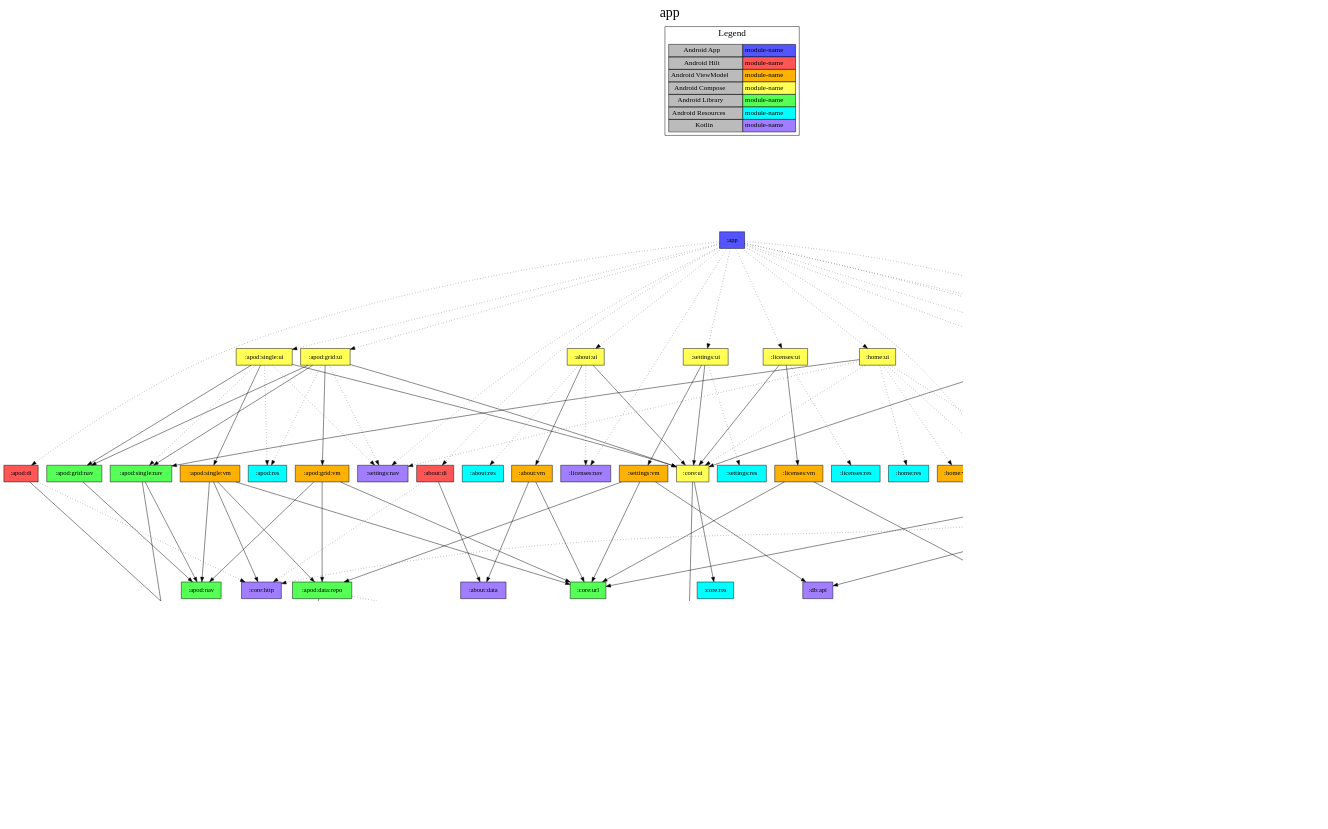
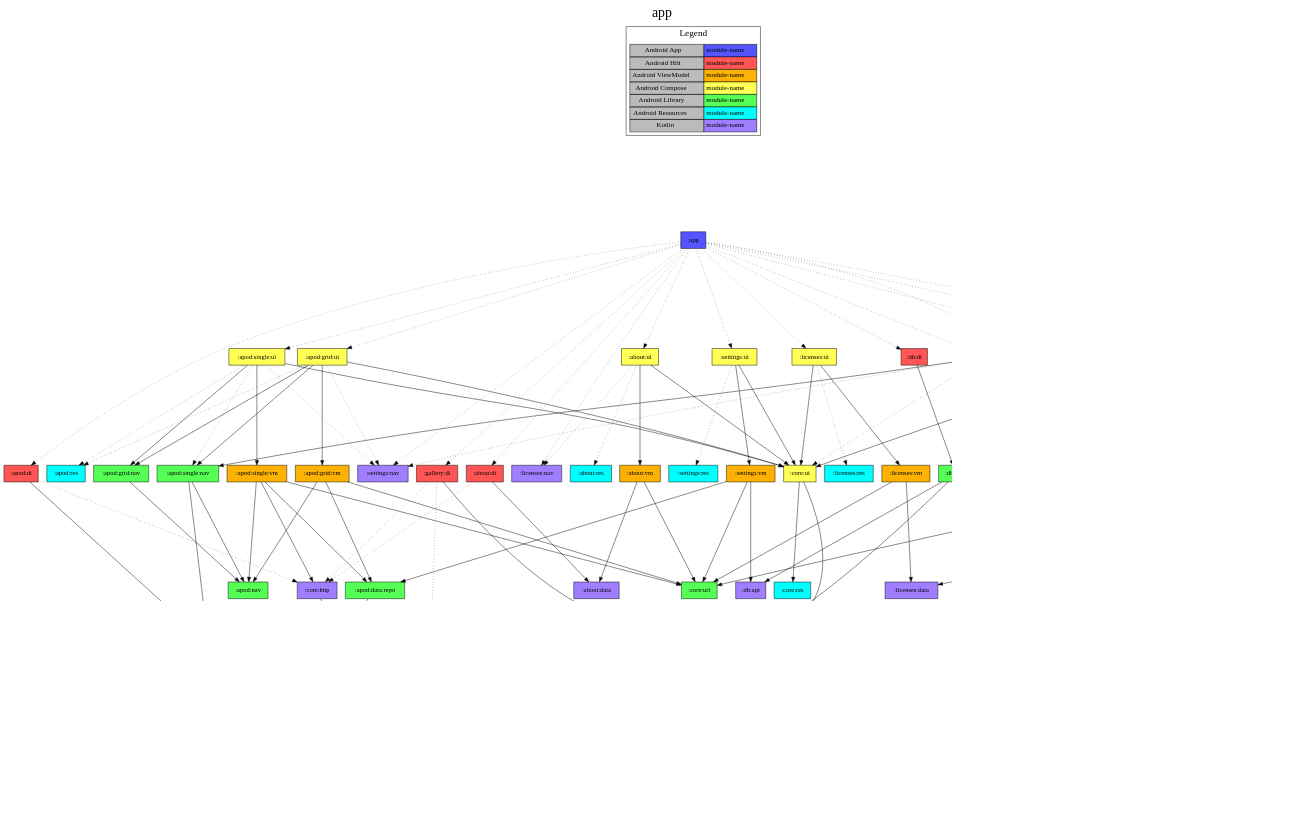
Before and after one commit to jonapoul/nasa-android: the diagram in app/project-dependency-graph.dot, drawn with Graphviz. The commit also changed 21 other files, not shown here.

```diff
--- a/app/project-dependency-graph.dot
+++ b/app/project-dependency-graph.dot
@@ -1,165 +1,166 @@
 digraph {
 edge ["dir"="forward"]
 graph ["dpi"="100","label"="app","labelloc"="t","fontsize"="30","ranksep"="3.0","rankdir"="TB"]
 node ["style"="filled"]
 ":app" ["shape"="box","fillcolor"="#5555FF"]
 ":about:di" ["fillcolor"="#FF5555","shape"="box"]
 ":about:data" ["fillcolor"="#A17EFF","shape"="box"]
 ":core:http" ["fillcolor"="#A17EFF","shape"="box"]
+":core:model" ["fillcolor"="#A17EFF","shape"="box"]
 ":about:nav" ["fillcolor"="#A17EFF","shape"="box"]
 ":about:ui" ["fillcolor"="#FFFF55","shape"="box"]
 ":about:vm" ["fillcolor"="#FCB103","shape"="box"]
 ":core:url" ["fillcolor"="#55FF55","shape"="box"]
 ":core:ui" ["fillcolor"="#FFFF55","shape"="box"]
-":core:model" ["fillcolor"="#A17EFF","shape"="box"]
 ":core:res" ["fillcolor"="#00FFFF","shape"="box"]
 ":about:res" ["fillcolor"="#00FFFF","shape"="box"]
 ":licenses:nav" ["fillcolor"="#A17EFF","shape"="box"]
 ":apod:di" ["fillcolor"="#FF5555","shape"="box"]
 ":apod:data:api" ["fillcolor"="#A17EFF","shape"="box"]
 ":apod:model" ["fillcolor"="#A17EFF","shape"="box"]
 ":apod:grid:ui" ["fillcolor"="#FFFF55","shape"="box"]
 ":apod:grid:nav" ["fillcolor"="#55FF55","shape"="box"]
 ":apod:nav" ["fillcolor"="#55FF55","shape"="box"]
 ":apod:grid:vm" ["fillcolor"="#FCB103","shape"="box"]
 ":apod:data:repo" ["fillcolor"="#55FF55","shape"="box"]
 ":db:apod" ["fillcolor"="#A17EFF","shape"="box"]
 ":apod:single:nav" ["fillcolor"="#55FF55","shape"="box"]
 ":apod:res" ["fillcolor"="#00FFFF","shape"="box"]
 ":settings:nav" ["fillcolor"="#A17EFF","shape"="box"]
 ":apod:single:ui" ["fillcolor"="#FFFF55","shape"="box"]
 ":apod:single:vm" ["fillcolor"="#FCB103","shape"="box"]
 ":db:di" ["fillcolor"="#FF5555","shape"="box"]
 ":db:impl" ["fillcolor"="#55FF55","shape"="box"]
 ":db:api" ["fillcolor"="#A17EFF","shape"="box"]
 ":db:gallery" ["fillcolor"="#A17EFF","shape"="box"]
 ":gallery:di" ["fillcolor"="#FF5555","shape"="box"]
 ":gallery:data:api" ["fillcolor"="#A17EFF","shape"="box"]
 ":gallery:model" ["fillcolor"="#A17EFF","shape"="box"]
 ":gallery:search:ui" ["fillcolor"="#FFFF55","shape"="box"]
 ":gallery:nav" ["fillcolor"="#A17EFF","shape"="box"]
 ":gallery:search:vm" ["fillcolor"="#FCB103","shape"="box"]
 ":gallery:data:repo" ["fillcolor"="#55FF55","shape"="box"]
 ":gallery:res" ["fillcolor"="#00FFFF","shape"="box"]
 ":home:nav" ["fillcolor"="#A17EFF","shape"="box"]
 ":home:ui" ["fillcolor"="#FFFF55","shape"="box"]
 ":home:res" ["fillcolor"="#00FFFF","shape"="box"]
 ":home:vm" ["fillcolor"="#FCB103","shape"="box"]
 ":licenses:di" ["fillcolor"="#FF5555","shape"="box"]
 ":licenses:data" ["fillcolor"="#A17EFF","shape"="box"]
 ":licenses:ui" ["fillcolor"="#FFFF55","shape"="box"]
 ":licenses:vm" ["fillcolor"="#FCB103","shape"="box"]
 ":licenses:res" ["fillcolor"="#00FFFF","shape"="box"]
 ":settings:ui" ["fillcolor"="#FFFF55","shape"="box"]
 ":settings:vm" ["fillcolor"="#FCB103","shape"="box"]
 ":settings:res" ["fillcolor"="#00FFFF","shape"="box"]
 {
 edge ["dir"="none"]
 graph ["rank"="same"]
 ":app"
 }
 ":app" -> ":about:di" ["style"="dotted"]
 ":app" -> ":about:nav" ["style"="dotted"]
 ":app" -> ":about:ui" ["style"="dotted"]
 ":app" -> ":apod:di" ["style"="dotted"]
 ":app" -> ":apod:grid:ui" ["style"="dotted"]
 ":app" -> ":apod:single:ui" ["style"="dotted"]
 ":app" -> ":db:di" ["style"="dotted"]
 ":app" -> ":gallery:di" ["style"="dotted"]
 ":app" -> ":gallery:search:ui" ["style"="dotted"]
 ":app" -> ":home:nav" ["style"="dotted"]
 ":app" -> ":home:ui" ["style"="dotted"]
 ":app" -> ":licenses:di" ["style"="dotted"]
 ":app" -> ":licenses:nav" ["style"="dotted"]
 ":app" -> ":licenses:ui" ["style"="dotted"]
 ":app" -> ":settings:nav" ["style"="dotted"]
 ":app" -> ":settings:ui" ["style"="dotted"]
 ":about:di" -> ":about:data"
 ":about:di" -> ":core:http" ["style"="dotted"]
+":core:http" -> ":core:model"
 ":about:ui" -> ":about:vm"
 ":about:ui" -> ":core:ui"
 ":about:ui" -> ":about:res" ["style"="dotted"]
 ":about:ui" -> ":licenses:nav" ["style"="dotted"]
 ":about:vm" -> ":about:data"
 ":about:vm" -> ":core:url"
 ":core:ui" -> ":core:model"
 ":core:ui" -> ":core:res"
 ":apod:di" -> ":apod:data:api"
 ":apod:di" -> ":core:http" ["style"="dotted"]
 ":apod:data:api" -> ":apod:model"
 ":apod:data:api" -> ":core:model"
 ":apod:grid:ui" -> ":apod:grid:nav"
 ":apod:grid:ui" -> ":apod:grid:vm"
 ":apod:grid:ui" -> ":apod:single:nav"
 ":apod:grid:ui" -> ":core:ui"
 ":apod:grid:ui" -> ":apod:res" ["style"="dotted"]
 ":apod:grid:ui" -> ":settings:nav" ["style"="dotted"]
 ":apod:grid:nav" -> ":apod:nav"
 ":apod:grid:vm" -> ":apod:data:repo"
 ":apod:grid:vm" -> ":apod:nav"
 ":apod:grid:vm" -> ":core:url"
 ":apod:data:repo" -> ":apod:data:api"
 ":apod:data:repo" -> ":db:apod" ["style"="dotted"]
 ":apod:single:nav" -> ":apod:model"
 ":apod:single:nav" -> ":apod:nav"
 ":apod:single:ui" -> ":apod:grid:nav"
 ":apod:single:ui" -> ":apod:single:vm"
 ":apod:single:ui" -> ":core:ui"
 ":apod:single:ui" -> ":apod:res" ["style"="dotted"]
 ":apod:single:ui" -> ":apod:single:nav" ["style"="dotted"]
 ":apod:single:ui" -> ":settings:nav" ["style"="dotted"]
 ":apod:single:vm" -> ":apod:data:repo"
 ":apod:single:vm" -> ":apod:nav"
 ":apod:single:vm" -> ":core:http"
 ":apod:single:vm" -> ":core:url"
 ":db:di" -> ":db:impl"
 ":db:impl" -> ":db:api"
 ":db:impl" -> ":db:apod"
 ":db:impl" -> ":db:gallery"
 ":gallery:di" -> ":gallery:data:api"
 ":gallery:di" -> ":core:http" ["style"="dotted"]
 ":gallery:di" -> ":core:model" ["style"="dotted"]
 ":gallery:data:api" -> ":gallery:model"
 ":gallery:search:ui" -> ":core:ui"
 ":gallery:search:ui" -> ":gallery:nav"
 ":gallery:search:ui" -> ":gallery:search:vm"
 ":gallery:search:ui" -> ":gallery:res" ["style"="dotted"]
 ":gallery:search:vm" -> ":core:url"
 ":gallery:search:vm" -> ":gallery:data:repo"
 ":gallery:data:repo" -> ":db:gallery"
 ":gallery:data:repo" -> ":gallery:data:api"
 ":home:ui" -> ":apod:single:nav"
 ":home:ui" -> ":about:nav" ["style"="dotted"]
 ":home:ui" -> ":core:ui" ["style"="dotted"]
 ":home:ui" -> ":gallery:nav" ["style"="dotted"]
 ":home:ui" -> ":home:res" ["style"="dotted"]
 ":home:ui" -> ":home:vm" ["style"="dotted"]
 ":home:ui" -> ":settings:nav" ["style"="dotted"]
 ":licenses:di" -> ":licenses:data"
 ":licenses:ui" -> ":core:ui"
 ":licenses:ui" -> ":licenses:vm"
 ":licenses:ui" -> ":licenses:res" ["style"="dotted"]
 ":licenses:vm" -> ":core:url"
 ":licenses:vm" -> ":licenses:data"
 ":settings:ui" -> ":core:ui"
 ":settings:ui" -> ":settings:vm"
 ":settings:ui" -> ":settings:res" ["style"="dotted"]
 ":settings:vm" -> ":apod:data:repo"
 ":settings:vm" -> ":core:url"
 ":settings:vm" -> ":db:api"
 subgraph "cluster_legend" {
 edge ["dir"="none"]
 graph ["label"="Legend","fontsize"="20"]
 "Legend" ["style"="filled","fillcolor"="#bbbbbb","shape"="none","margin"="0","fontsize"="15","label"=<
 <TABLE BORDER="0" CELLBORDER="1" CELLSPACING="0" CELLPADDING="4">
 <TR><TD>Android App</TD><TD BGCOLOR="#5555FF">module-name</TD></TR>
 <TR><TD>Android Hilt</TD><TD BGCOLOR="#FF5555">module-name</TD></TR>
 <TR><TD>Android ViewModel</TD><TD BGCOLOR="#FCB103">module-name</TD></TR>
 <TR><TD>Android Compose</TD><TD BGCOLOR="#FFFF55">module-name</TD></TR>
 <TR><TD>Android Library</TD><TD BGCOLOR="#55FF55">module-name</TD></TR>
 <TR><TD>Android Resources</TD><TD BGCOLOR="#00FFFF">module-name</TD></TR>
 <TR><TD>Kotlin</TD><TD BGCOLOR="#A17EFF">module-name</TD></TR>
 </TABLE>
 >]
 } -> ":app" ["style"="invis"]
 }
```
